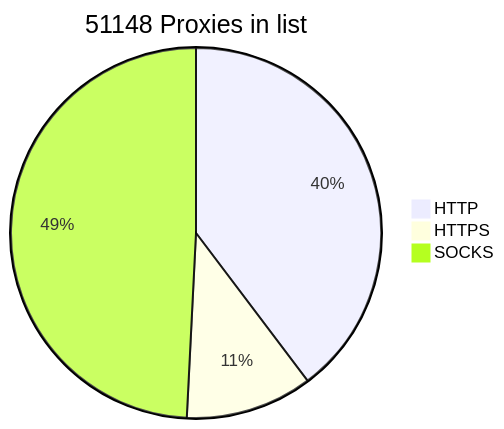
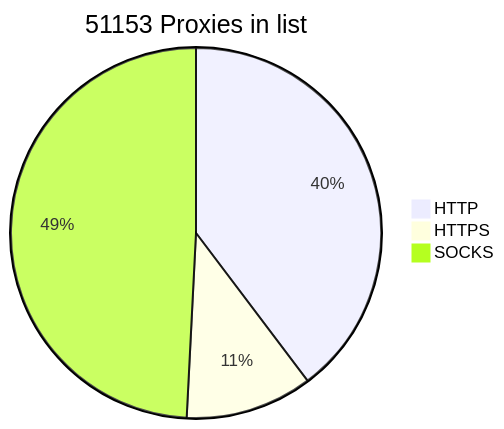
Before and after one commit to BlackSnowDot/proxylist-update-every-minute: the diagram in README.md, drawn with Mermaid.

````diff
--- a/README.md
+++ b/README.md
@@ -2,6 +2,6 @@
 ```mermaid
-pie title 51148 Proxies in list
-    "HTTP" : 22529
-    "HTTPS": 6291
-    "SOCKS" : 27920
+pie title 51153 Proxies in list
+    "HTTP" : 22535
+    "HTTPS": 6297
+    "SOCKS" : 27921
 ```
````
